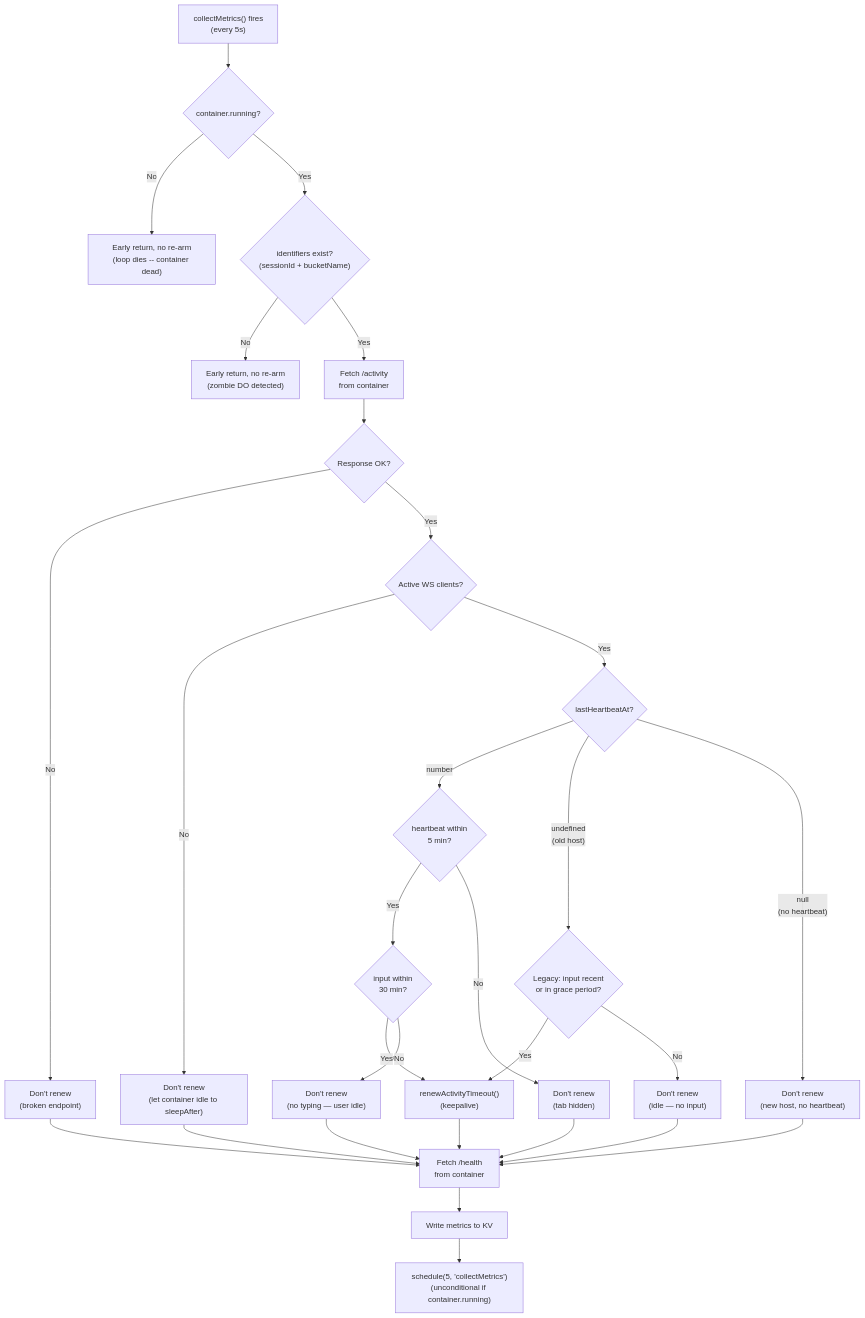
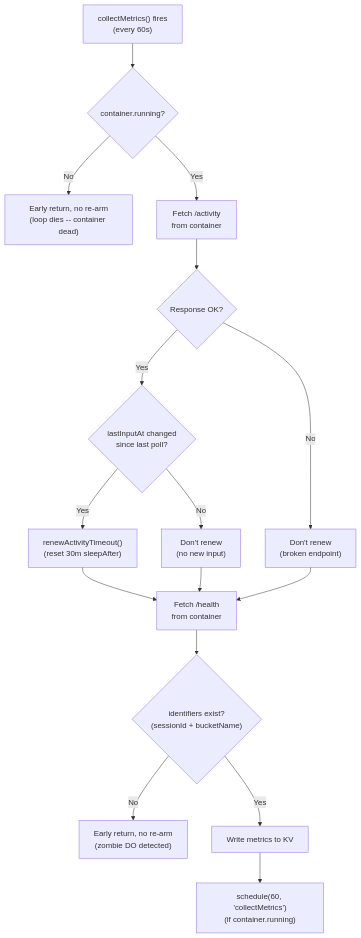
One commit to nikolanovoselec/codeflare changed the second of 14 diagrams in TECHNICAL.md. Above: the diagram before and after it, drawn with Mermaid. The commit also changed other lines of this file and 5 other files, not shown here.

````diff
--- a/TECHNICAL.md
+++ b/TECHNICAL.md
@@ -128,31 +129,18 @@
 ```mermaid
 flowchart TD
-    CM["collectMetrics() fires<br/>(every 5s)"] --> CRunning{"container.running?"}
+    CM["collectMetrics() fires<br/>(every 60s)"] --> CRunning{"container.running?"}
     CRunning -->|No| Exit1["Early return, no re-arm<br/>(loop dies -- container dead)"]
-    CRunning -->|Yes| IDs{"identifiers exist?<br/>(sessionId + bucketName)"}
-    IDs -->|No| Exit2["Early return, no re-arm<br/>(zombie DO detected)"]
-    IDs -->|Yes| FetchAct["Fetch /activity<br/>from container"]
+    CRunning -->|Yes| FetchAct["Fetch /activity<br/>from container"]
     FetchAct --> ActOK{"Response OK?"}
     ActOK -->|No| NoRenewErr["Don't renew<br/>(broken endpoint)"]
-    ActOK -->|Yes| WSClients{"Active WS clients?"}
-    WSClients -->|No| NoRenew["Don't renew<br/>(let container idle to sleepAfter)"]
-    WSClients -->|Yes| HBCheck{"lastHeartbeatAt?"}
-    HBCheck -->|"number"| HBRecent{"heartbeat within<br/>5 min?"}
-    HBRecent -->|Yes| InputCheck{"input within<br/>30 min?"}
-    InputCheck -->|Yes| Renew["renewActivityTimeout()<br/>(keepalive)"]
-    InputCheck -->|No| NoRenewInput["Don't renew<br/>(no typing — user idle)"]
-    HBRecent -->|No| NoRenewStale["Don't renew<br/>(tab hidden)"]
-    HBCheck -->|"undefined<br/>(old host)"| LegacyInput{"Legacy: input recent<br/>or in grace period?"}
-    LegacyInput -->|Yes| Renew
-    LegacyInput -->|No| NoRenewLegacy["Don't renew<br/>(idle — no input)"]
-    HBCheck -->|"null<br/>(no heartbeat)"| NoRenewNull["Don't renew<br/>(new host, no heartbeat)"]
+    ActOK -->|Yes| InputChanged{"lastInputAt changed<br/>since last poll?"}
+    InputChanged -->|Yes| Renew["renewActivityTimeout()<br/>(reset 30m sleepAfter)"]
+    InputChanged -->|No| NoRenew["Don't renew<br/>(no new input)"]
     Renew --> FetchHealth["Fetch /health<br/>from container"]
     NoRenew --> FetchHealth
     NoRenewErr --> FetchHealth
-    NoRenewStale --> FetchHealth
-    NoRenewInput --> FetchHealth
-    NoRenewLegacy --> FetchHealth
-    NoRenewNull --> FetchHealth
-    FetchHealth --> WriteKV["Write metrics to KV"]
-    WriteKV --> ReArm["schedule(5, 'collectMetrics')<br/>(unconditional if container.running)"]
+    FetchHealth --> IDs{"identifiers exist?<br/>(sessionId + bucketName)"}
+    IDs -->|No| Exit2["Early return, no re-arm<br/>(zombie DO detected)"]
+    IDs -->|Yes| WriteKV["Write metrics to KV"]
+    WriteKV --> ReArm["schedule(60, 'collectMetrics')<br/>(if container.running)"]
 ```
````
